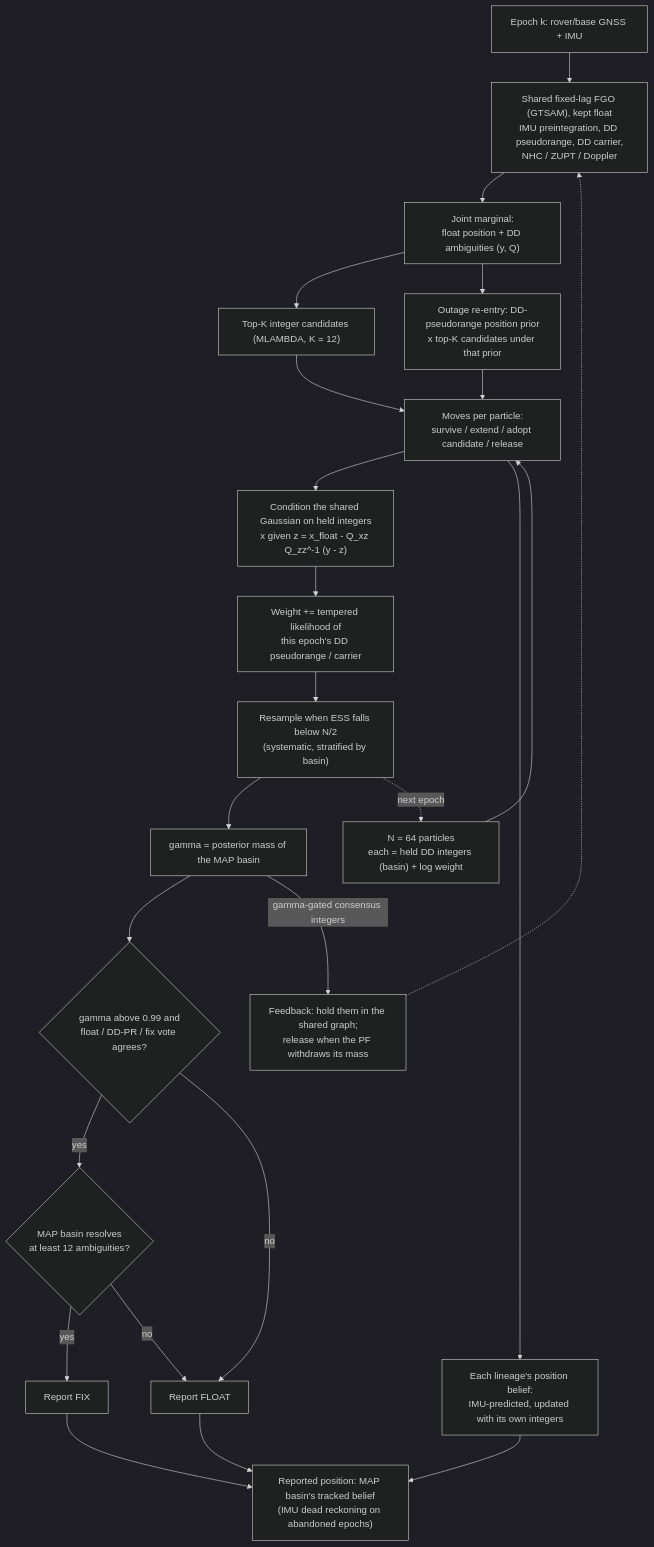
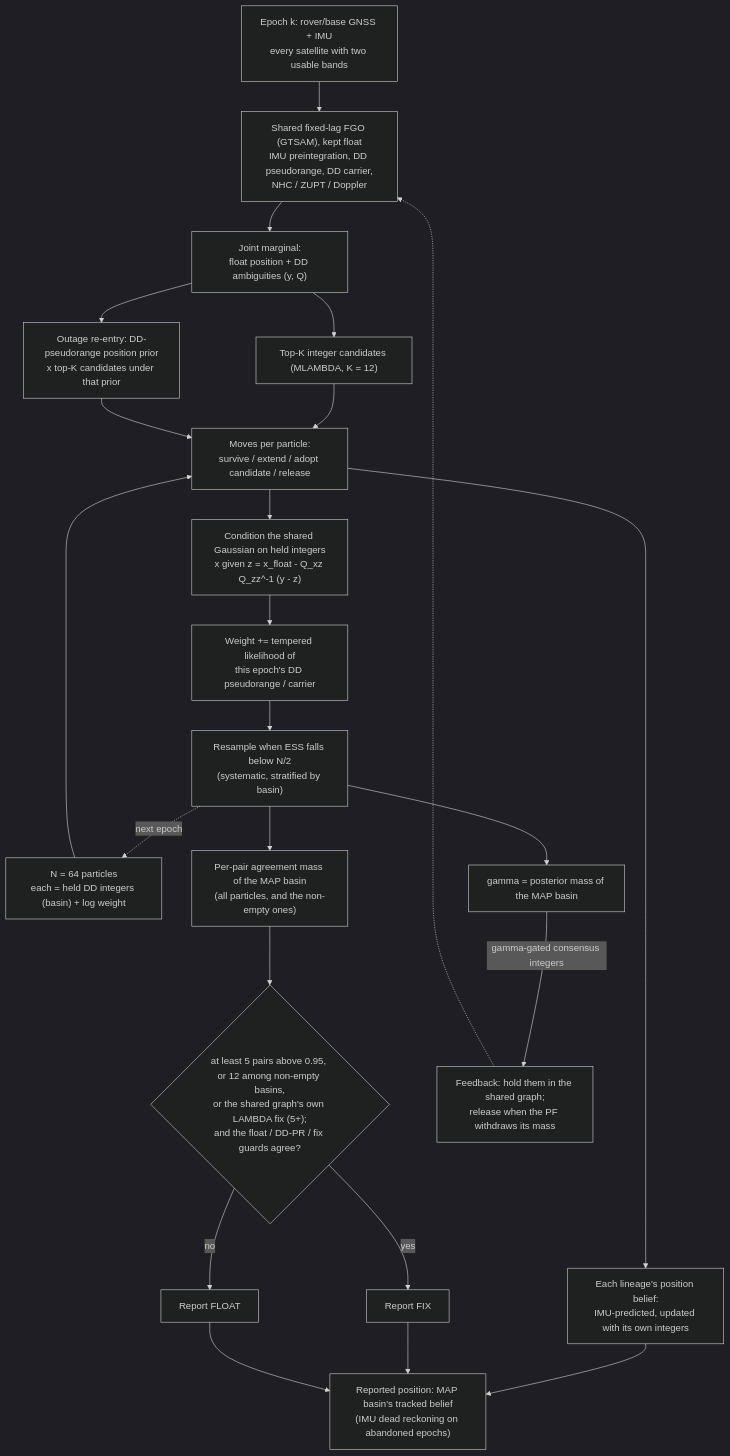
The first of 2 diagrams in README.md (mfkiwl/gnss_gpu), drawn with Mermaid (dark theme) before and after one commit. The commit also changed other lines of this file and 5 other files, not shown here.

First line of the commit message:
Report RB-FGO-PF WP45: correct FIX 66.6/83.9/84.3% at <=0.63% wrong FIX

````diff
--- a/README.md
+++ b/README.md
@@ -86,26 +92,25 @@
 ```mermaid
 flowchart TD
-    Obs["Epoch k: rover/base GNSS + IMU"] --> FGO["Shared fixed-lag FGO (GTSAM), kept float<br/>IMU preintegration, DD pseudorange, DD carrier,<br/>NHC / ZUPT / Doppler"]
+    Obs["Epoch k: rover/base GNSS + IMU<br/>every satellite with two usable bands"] --> FGO["Shared fixed-lag FGO (GTSAM), kept float<br/>IMU preintegration, DD pseudorange, DD carrier,<br/>NHC / ZUPT / Doppler"]
     FGO --> Marg["Joint marginal:<br/>float position + DD ambiguities (y, Q)"]
     Marg --> Cand["Top-K integer candidates (MLAMBDA, K = 12)"]
     Marg --> Spawn["Outage re-entry: DD-pseudorange position prior<br/>x top-K candidates under that prior"]
     PF["N = 64 particles<br/>each = held DD integers (basin) + log weight"] --> Moves
     Cand --> Moves["Moves per particle:<br/>survive / extend / adopt candidate / release"]
     Spawn --> Moves
     Moves --> Cond["Condition the shared Gaussian on held integers<br/>x given z = x_float - Q_xz Q_zz^-1 (y - z)"]
     Cond --> W["Weight += tempered likelihood of<br/>this epoch's DD pseudorange / carrier"]
     W --> Res["Resample when ESS falls below N/2<br/>(systematic, stratified by basin)"]
     Res --> Gamma["gamma = posterior mass of the MAP basin"]
     Moves --> Track["Each lineage's position belief:<br/>IMU-predicted, updated with its own integers"]
     Res -. next epoch .-> PF
-    Gamma --> Dec{"gamma above 0.99 and<br/>float / DD-PR / fix vote agrees?"}
-    Dec -- yes --> Nb{"MAP basin resolves<br/>at least 12 ambiguities?"}
-    Nb -- yes --> Fix["Report FIX"]
-    Nb -- no --> Flt["Report FLOAT"]
-    Dec -- no --> Flt
+    Res --> Agree["Per-pair agreement mass of the MAP basin<br/>(all particles, and the non-empty ones)"]
+    Agree --> Dec{"at least 5 pairs above 0.95, or 12 among non-empty basins,<br/>or the shared graph's own LAMBDA fix (5+);<br/>and the float / DD-PR / fix guards agree?"}
+    Dec -- yes --> Fix["Report FIX"]
+    Dec -- no --> Flt["Report FLOAT"]
     Track --> Pos["Reported position: MAP basin's tracked belief<br/>(IMU dead reckoning on abandoned epochs)"]
     Fix --> Pos
     Flt --> Pos
     Gamma -- "gamma-gated consensus integers" --> FB["Feedback: hold them in the shared graph;<br/>release when the PF withdraws its mass"]
     FB -.-> FGO
 ```
````
